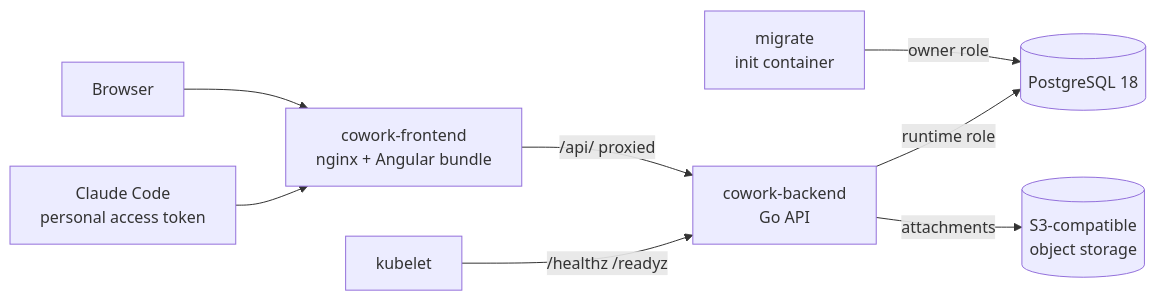
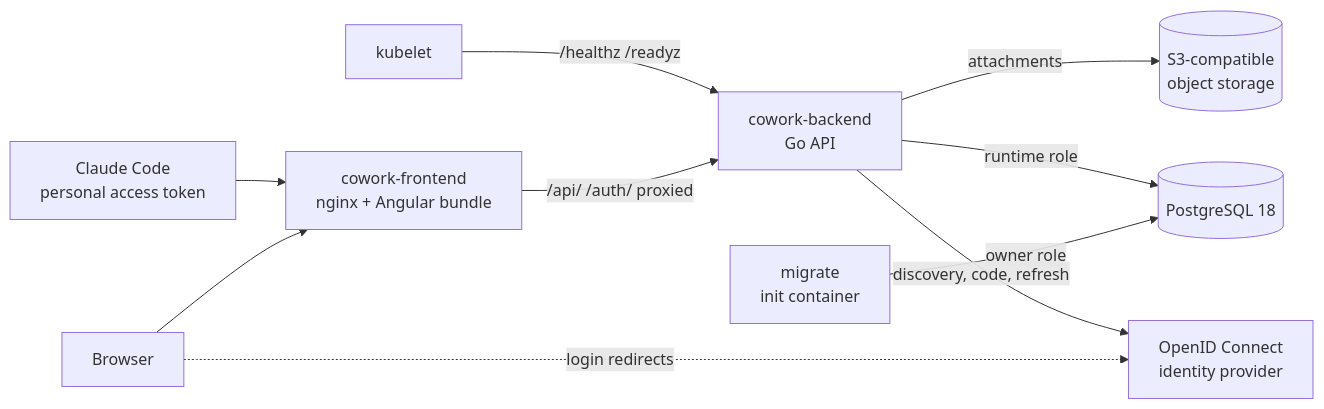
One commit to guided-traffic/cowork changed the diagram in README.md. Above: the diagram before and after it, drawn with Mermaid. The commit also changed other lines of this file and 43 other files, not shown here.

First line of the commit message:
docs: the identity provider, its gaps and the decisions of phase 4

````diff
--- a/README.md
+++ b/README.md
@@ -22,10 +24,12 @@
 ```mermaid
 flowchart LR
   B[Browser] --> F
+  B -.->|login redirects| I[OpenID Connect<br/>identity provider]
   C[Claude Code<br/>personal access token] --> F
-  F[cowork-frontend<br/>nginx + Angular bundle] -->|/api/ proxied| S
+  F[cowork-frontend<br/>nginx + Angular bundle] -->|/api/ /auth/ proxied| S
   K[kubelet] -->|/healthz /readyz| S
   M[migrate<br/>init container] -->|owner role| P
   S[cowork-backend<br/>Go API] -->|runtime role| P[(PostgreSQL 18)]
   S -->|attachments| O[(S3-compatible<br/>object storage)]
+  S -->|discovery, code, refresh| I
 ```
````
